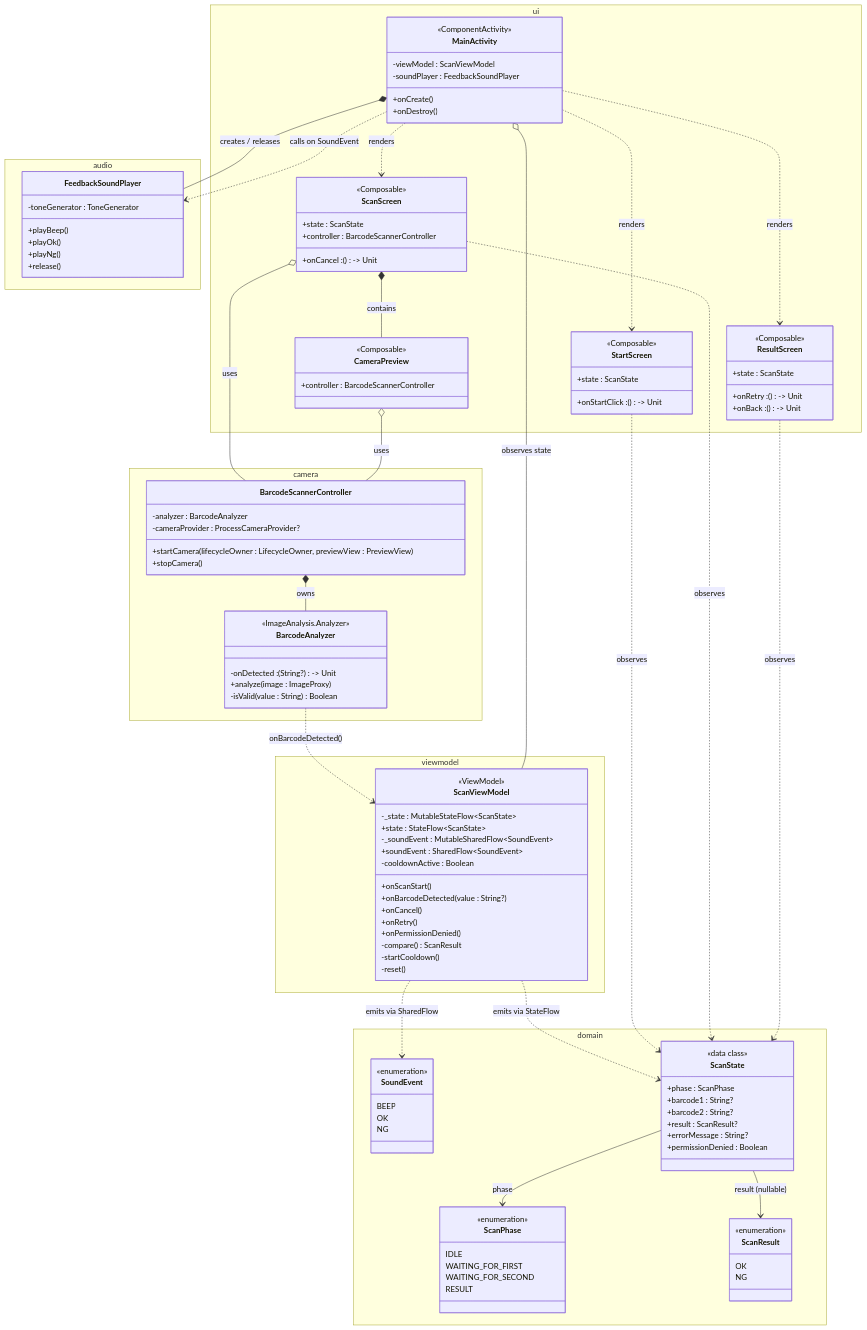
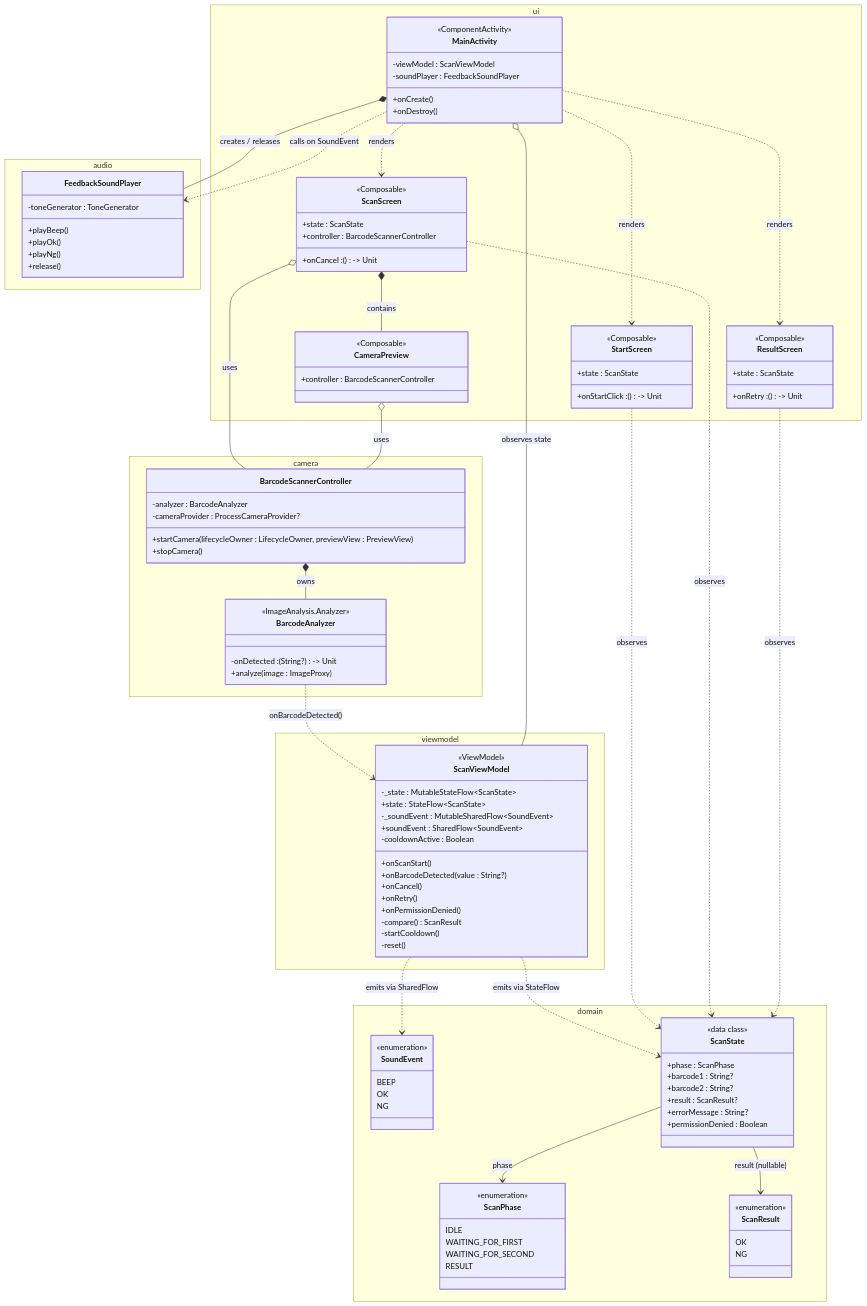
The first of 3 diagrams in CLASS.md (garyohosu/barcodereader), drawn with Mermaid before and after one commit. The commit also changed other lines of this file and 1 other file, not shown here.

Commit message:
Refine class diagram responsibilities

```diff
--- a/CLASS.md
+++ b/CLASS.md
@@ -73,7 +73,6 @@
             <<ImageAnalysis.Analyzer>>
             -onDetected : (String?) -> Unit
             +analyze(image : ImageProxy)
-            -isValid(value : String) Boolean
         }
 
         class BarcodeScannerController {
@@ -120,7 +119,6 @@
             <<Composable>>
             +state : ScanState
             +onRetry : () -> Unit
-            +onBack : () -> Unit
         }
 
         class CameraPreview {
```
